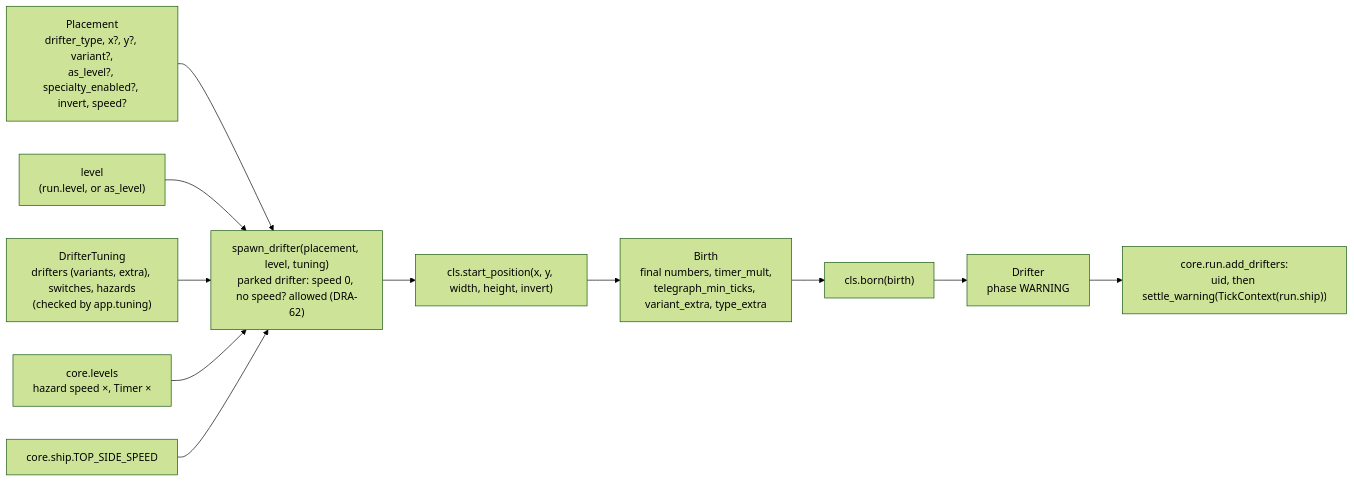
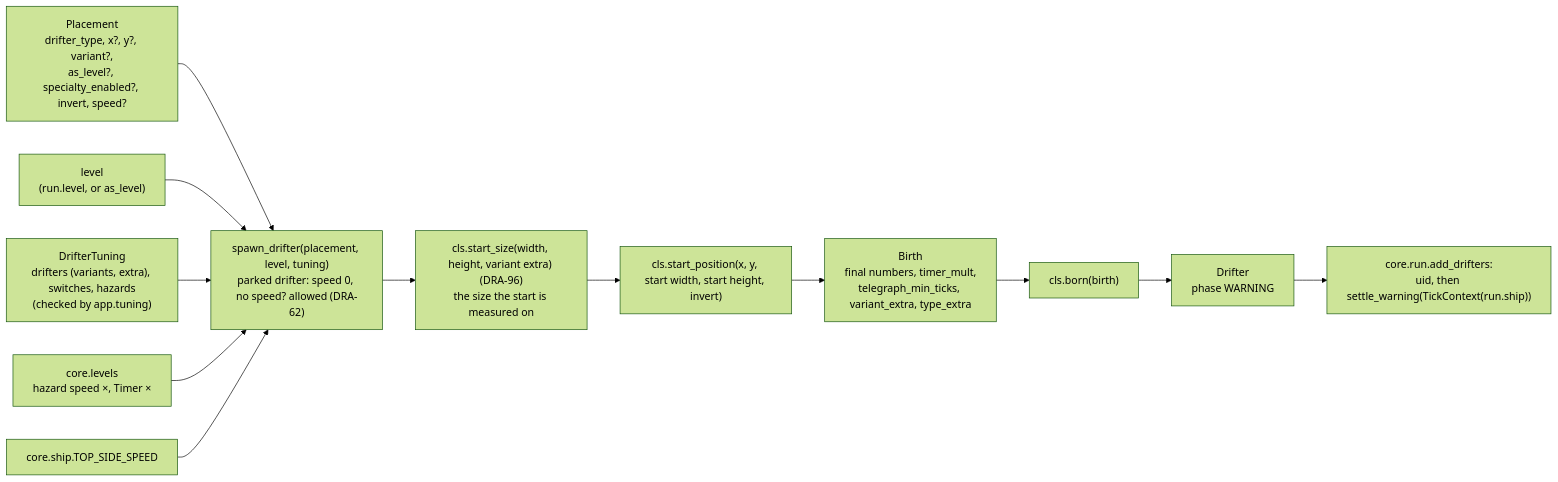
The fourth of 6 diagrams in docs/contracts/systems/drifters.md (david-mntl/driftward-ace), drawn with Mermaid (forest theme) before and after one commit. The commit also changed other lines of this file and 14 other files, not shown here.

Commit message:
docs(contracts): add DRA-96 planet tasks and tuning schema; update drifters, ship, run, app contracts and wave and debug spawn schemas

````diff
--- a/docs/contracts/systems/drifters.md
+++ b/docs/contracts/systems/drifters.md
@@ -167,11 +186,12 @@
 ```mermaid
 flowchart LR
   P["Placement<br/>drifter_type, x?, y?, variant?,<br/>as_level?, specialty_enabled?, invert, speed?"] --> S["spawn_drifter(placement, level, tuning)<br/>parked drifter: speed 0, no speed? allowed (DRA-62)"]
   L["level<br/>(run.level, or as_level)"] --> S
   T["DrifterTuning<br/>drifters (variants, extra), switches, hazards<br/>(checked by app.tuning)"] --> S
   LV["core.levels<br/>hazard speed ×, Timer ×"] --> S
   SH["core.ship.TOP_SIDE_SPEED"] --> S
-  S --> SP["cls.start_position(x, y, width, height, invert)"]
+  S --> SZ["cls.start_size(width, height, variant extra) (DRA-96)<br/>the size the start is measured on"]
+  SZ --> SP["cls.start_position(x, y, start width, start height, invert)"]
   SP --> B["Birth<br/>final numbers, timer_mult,<br/>telegraph_min_ticks, variant_extra, type_extra"] --> C["cls.born(birth)"] --> O["Drifter<br/>phase WARNING"]
   O --> AD["core.run.add_drifters:<br/>uid, then settle_warning(TickContext(run.ship))"]
 ```
````
